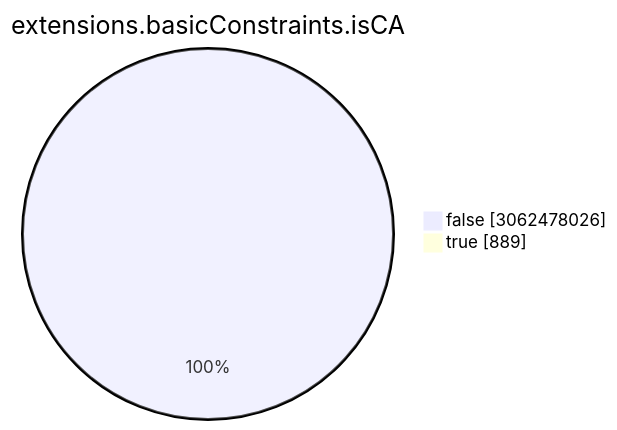
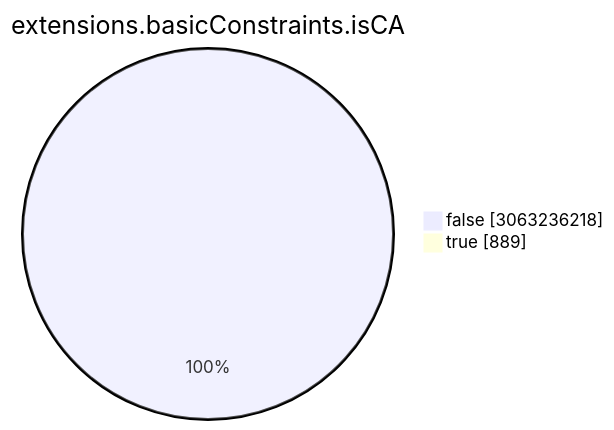
The seventh of 15 diagrams in TOTAL/README.md (christiankrug/ctmonitor_visualization), drawn with Mermaid before and after one commit. The commit also changed other lines of this file, not shown here.

````diff
--- a/TOTAL/README.md
+++ b/TOTAL/README.md
@@ -3086,6 +3086,6 @@
 ```mermaid
 pie showData
 title extensions.basicConstraints.isCA
-"false" :3062478026
+"false" :3063236218
 "true" :889
 ```
````
